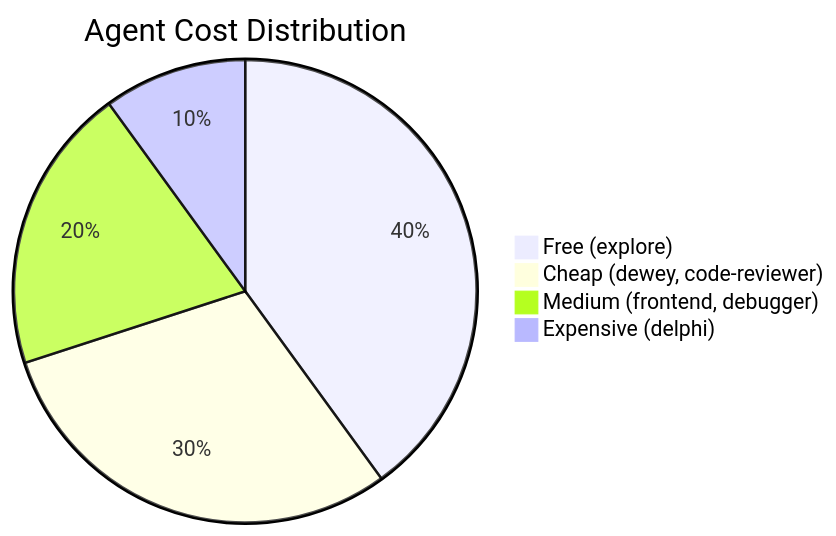
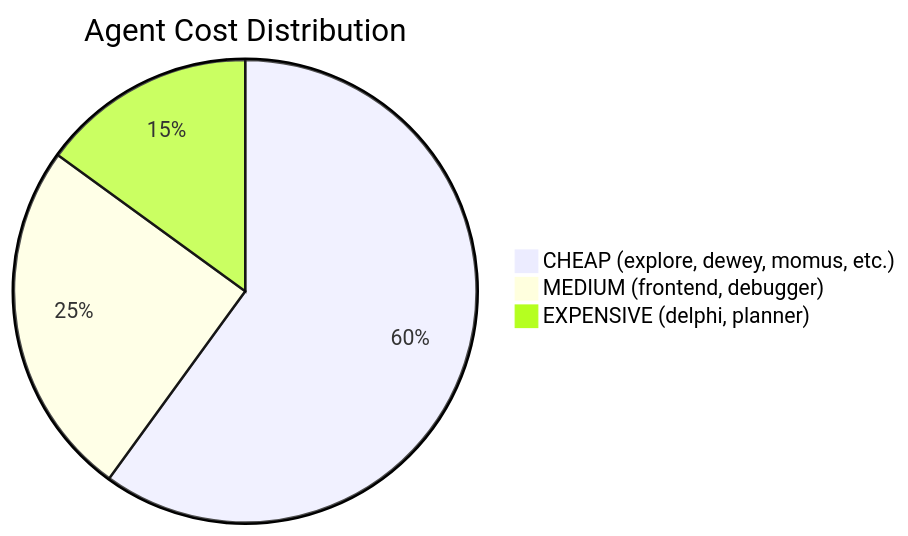
Before and after one commit to GratefulDave/stravinsky: the second of 8 diagrams in docs/architecture/AGENT_ORCHESTRATION.md, drawn with Mermaid. The commit also changed other lines of this file and 30 other files, not shown here.

First line of the commit message:
docs: comprehensive architecture documentation update for 7-Phase Orchestrator

````diff
--- a/docs/architecture/AGENT_ORCHESTRATION.md
+++ b/docs/architecture/AGENT_ORCHESTRATION.md
@@ -55,7 +72,6 @@
 ```mermaid
 pie title Agent Cost Distribution
-    "Free (explore)" : 40
-    "Cheap (dewey, code-reviewer)" : 30
-    "Medium (frontend, debugger)" : 20
-    "Expensive (delphi)" : 10
+    "CHEAP (explore, dewey, momus, etc.)" : 60
+    "MEDIUM (frontend, debugger)" : 25
+    "EXPENSIVE (delphi, planner)" : 15
 ```
````
